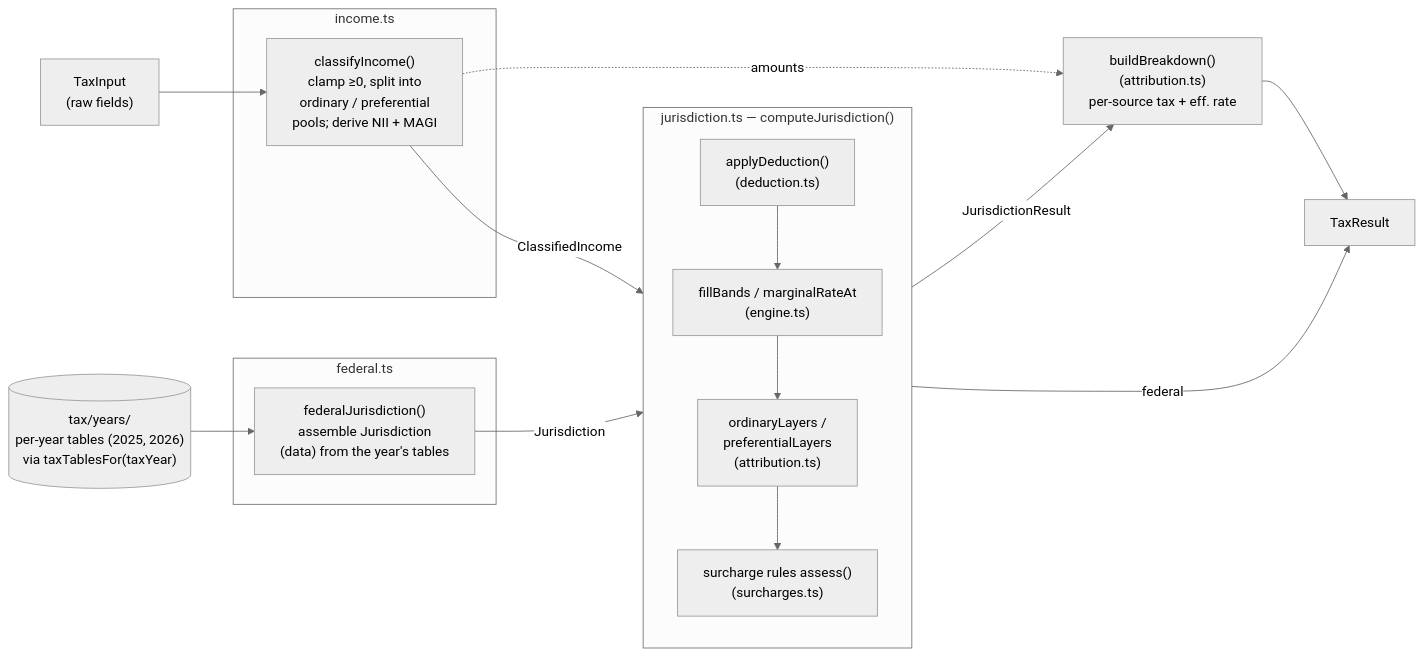
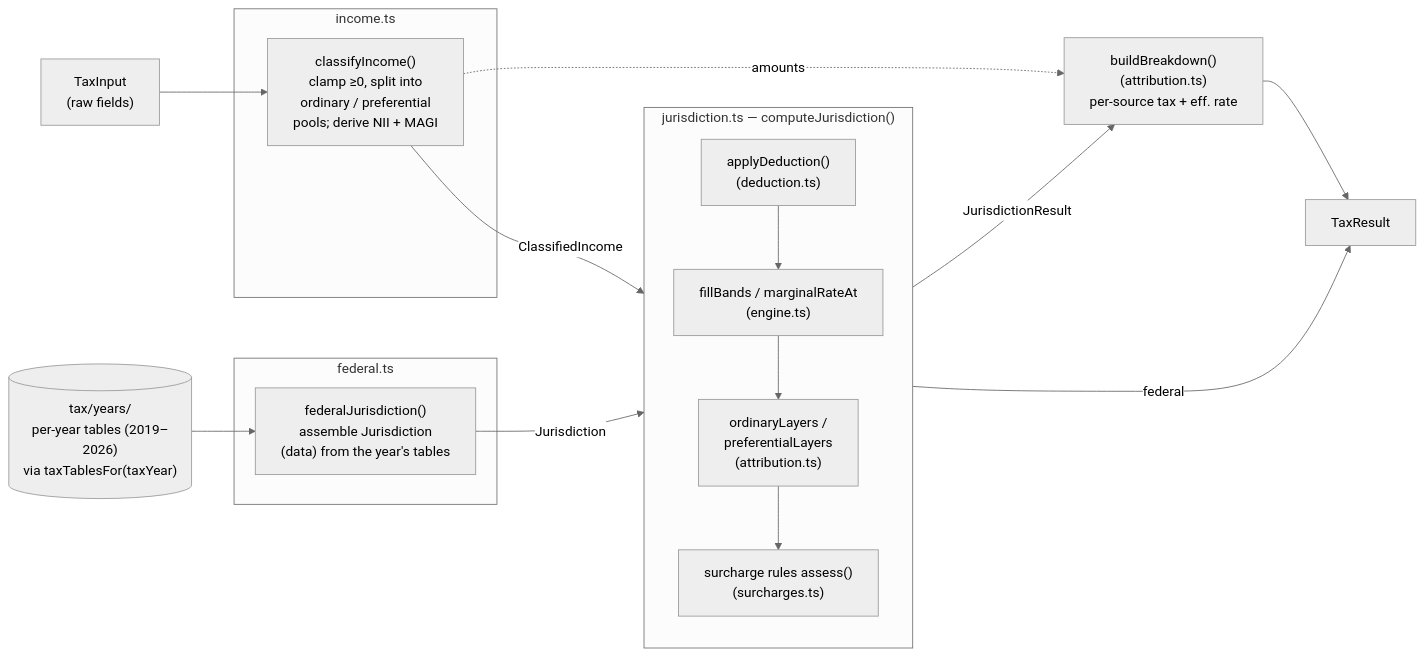
Before and after one commit to agrberg/tax-visualizer: the second of 3 diagrams in ARCHITECTURE.md, drawn with Mermaid (neutral theme). The commit also changed 11 other files, not shown here.

First line of the commit message:
Add federal tax tables for 2019–2024

````diff
--- a/ARCHITECTURE.md
+++ b/ARCHITECTURE.md
@@ -72,34 +72,34 @@
 ```mermaid
 flowchart LR
     input["TaxInput<br/>(raw fields)"]
 
     subgraph classify["income.ts"]
         ci["classifyIncome()<br/>clamp ≥0, split into<br/>ordinary / preferential<br/>pools; derive NII + MAGI"]
     end
 
     subgraph build["federal.ts"]
         fj["federalJurisdiction()<br/>assemble Jurisdiction<br/>(data) from the year's tables"]
     end
 
     subgraph compute["jurisdiction.ts — computeJurisdiction()"]
         ded["applyDeduction()<br/>(deduction.ts)"]
         fill["fillBands / marginalRateAt<br/>(engine.ts)"]
         layer["ordinaryLayers /<br/>preferentialLayers<br/>(attribution.ts)"]
         surch["surcharge rules assess()<br/>(surcharges.ts)"]
     end
 
     attr["buildBreakdown()<br/>(attribution.ts)<br/>per-source tax + eff. rate"]
     result["TaxResult"]
 
-    tables[("tax/years/<br/>per-year tables (2025, 2026)<br/>via taxTablesFor(taxYear)")]
+    tables[("tax/years/<br/>per-year tables (2019–2026)<br/>via taxTablesFor(taxYear)")]
 
     input --> ci
     ci -->|ClassifiedIncome| compute
     tables --> fj
     fj -->|Jurisdiction| compute
     ded --> fill --> layer --> surch
     compute -->|JurisdictionResult| attr
     ci -.->|amounts| attr
     attr --> result
     compute -->|federal| result
 ```
````
